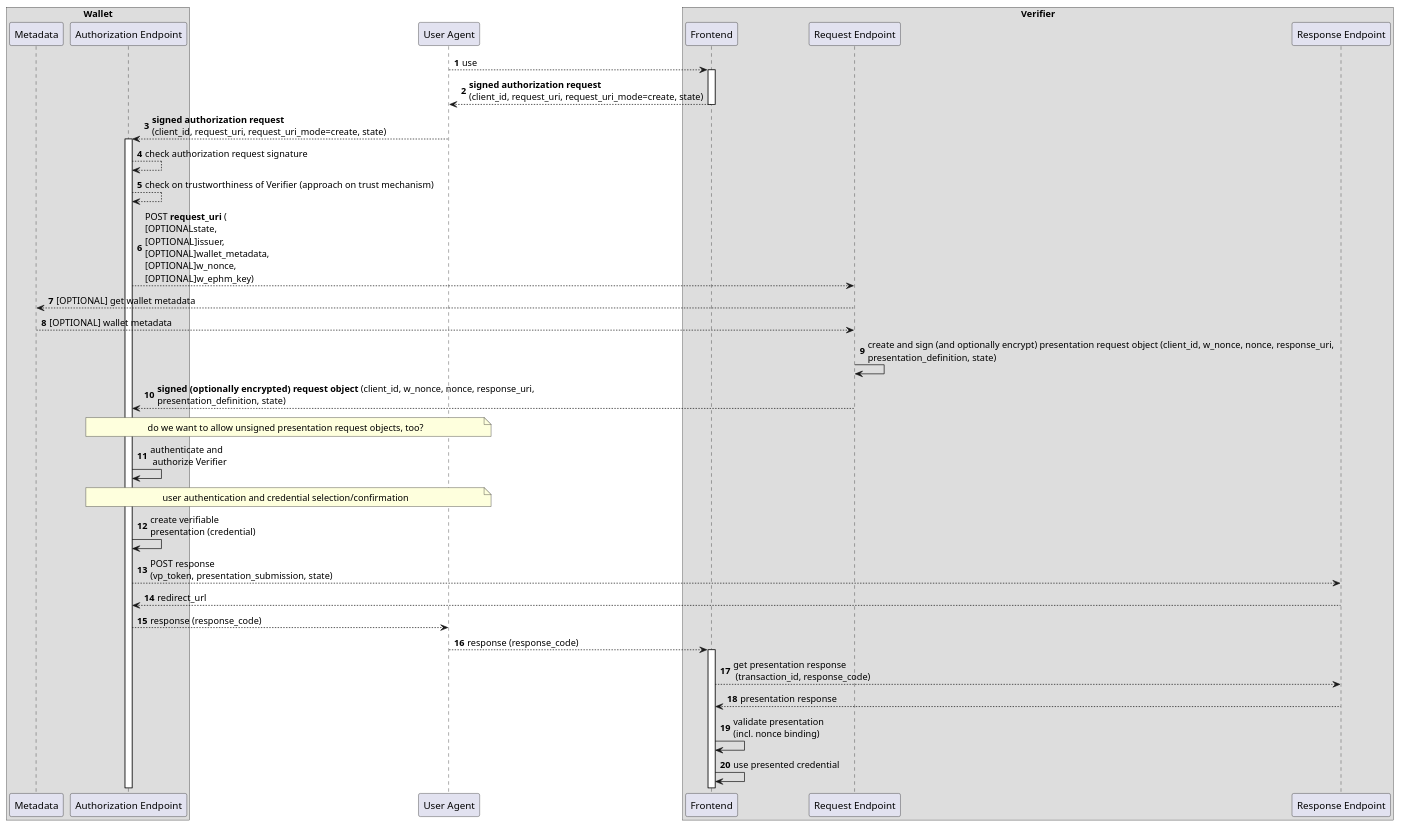
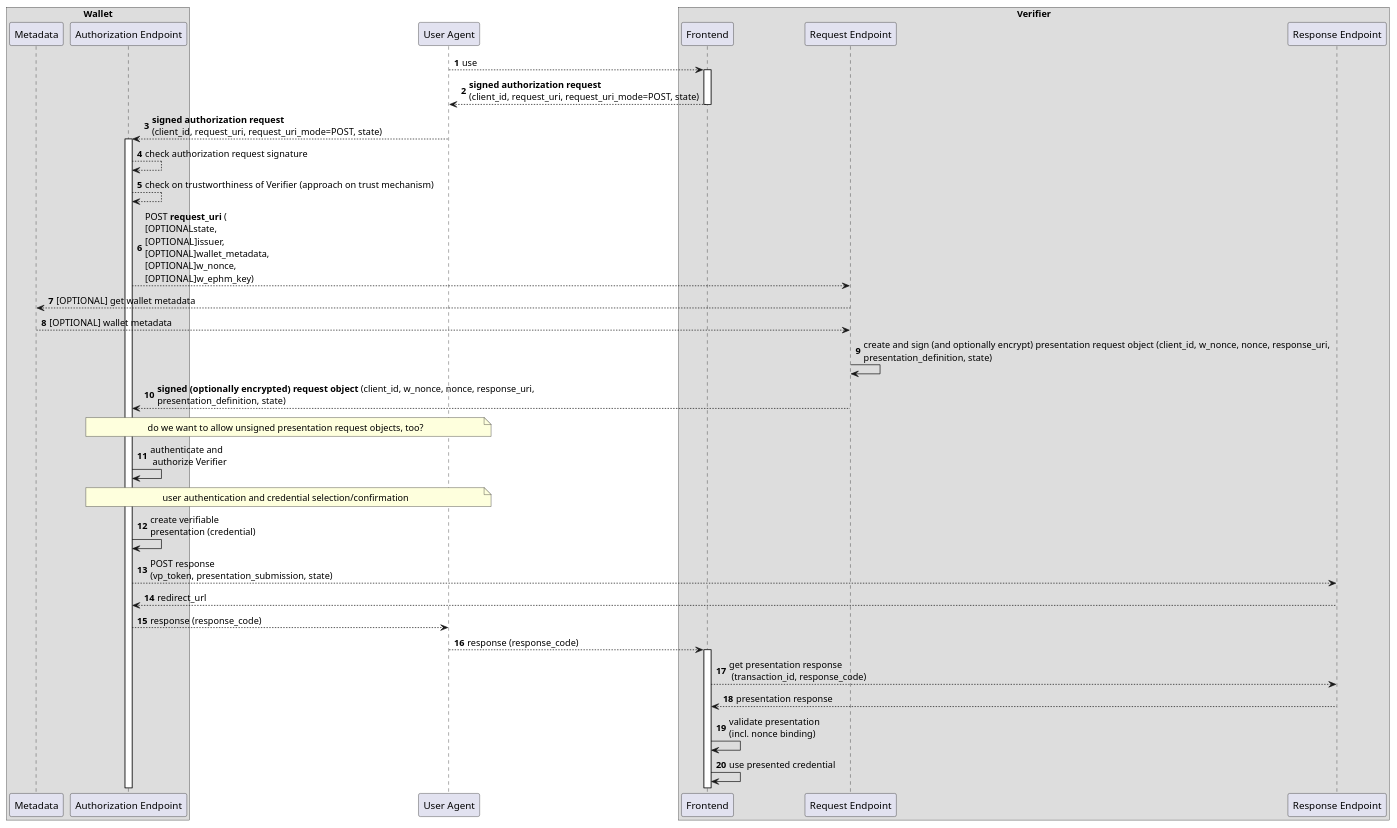
Before and after one commit to openid/OpenID4VP: the diagram in diagrams/request_uri_mode_create.md, drawn with PlantUML.

Commit message:
fixed request mode in diagram

````diff
--- a/diagrams/request_uri_mode_create.md
+++ b/diagrams/request_uri_mode_create.md
@@ -1,49 +1,49 @@
 ```plantuml
 @startuml
 
 autonumber
 
 box "Wallet"
 participant "Metadata" as wm
 participant "Authorization Endpoint" as w
 end box
 
 participant "User Agent" as u
 
 box "Verifier"
 participant "Frontend" as r
 participant "Request Endpoint" as rp
 participant "Response Endpoint" as rb
 end box
 
 u --> r : use
 activate r
 
-r --> u: **signed authorization request**\n(client_id, request_uri, request_uri_mode=create, state)
+r --> u: **signed authorization request**\n(client_id, request_uri, request_uri_mode=POST, state)
 deactivate r
-u --> w: **signed authorization request**\n(client_id, request_uri, request_uri_mode=create, state)
+u --> w: **signed authorization request**\n(client_id, request_uri, request_uri_mode=POST, state)
 activate w
 w --> w: check authorization request signature
 w --> w: check on trustworthiness of Verifier (approach on trust mechanism)
 w --> rp: POST **request_uri** (\n[OPTIONALstate,\n[OPTIONAL]issuer, \n[OPTIONAL]wallet_metadata, \n[OPTIONAL]w_nonce, \n[OPTIONAL]w_ephm_key)
 rp --> wm: [OPTIONAL] get wallet metadata
 wm --> rp: [OPTIONAL] wallet metadata
 rp -> rp: create and sign (and optionally encrypt) presentation request object (client_id, w_nonce, nonce, response_uri, \npresentation_definition, state)
 rp --> w: **signed (optionally encrypted) request object** (client_id, w_nonce, nonce, response_uri, \npresentation_definition, state)
 note over u, w: do we want to allow unsigned presentation request objects, too?
 w -> w: authenticate and\n authorize Verifier
 
 note over u, w: user authentication and credential selection/confirmation
 
 w -> w: create verifiable\npresentation (credential)
 w --> rb: POST response \n(vp_token, presentation_submission, state)
 rb --> w: redirect_url
 w --> u: response (response_code)
 u --> r: response (response_code)
 activate r
 r --> rb: get presentation response\n (transaction_id, response_code)
 rb --> r: presentation response
 r -> r: validate presentation \n(incl. nonce binding)
 r -> r: use presented credential 
 @enduml
 ```
````
